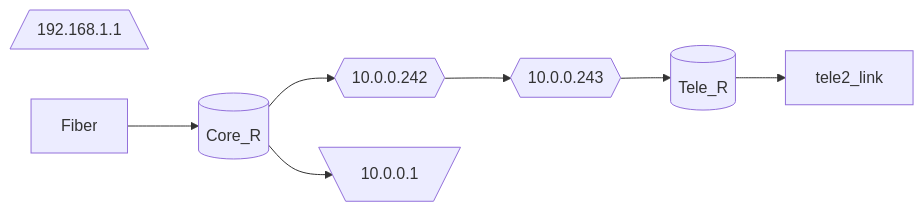
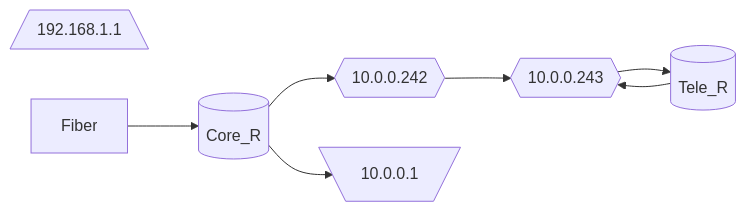
Before and after one commit to notkasim/DOCS: the second of 2 diagrams in Topology.md, drawn with Mermaid.

````diff
--- a/Topology.md
+++ b/Topology.md
@@ -18,24 +18,23 @@
 ```mermaid
 graph LR;
     core[(Core_R)]
     tele2[(Tele_R)]
     core_link{{10.0.0.242}}
-    tele_link{{10.0.0.243}}
+    tele2_link{{10.0.0.243}}
     core_gw[\10.0.0.1/]
-    tele_gw[/192.168.1.1\]
+    tele2_gw[/192.168.1.1\]
 
     
     Fiber-->core
+    core-->core_gw
     core-->core_link
-    core_link-->tele_link
-    tele_link-->tele2
-
-    core-->core_gw
+    core_link-->tele2_link
+    tele2_link-->tele2
     tele2-->tele2_link
 
 
 
 
 
 
 ```
````
